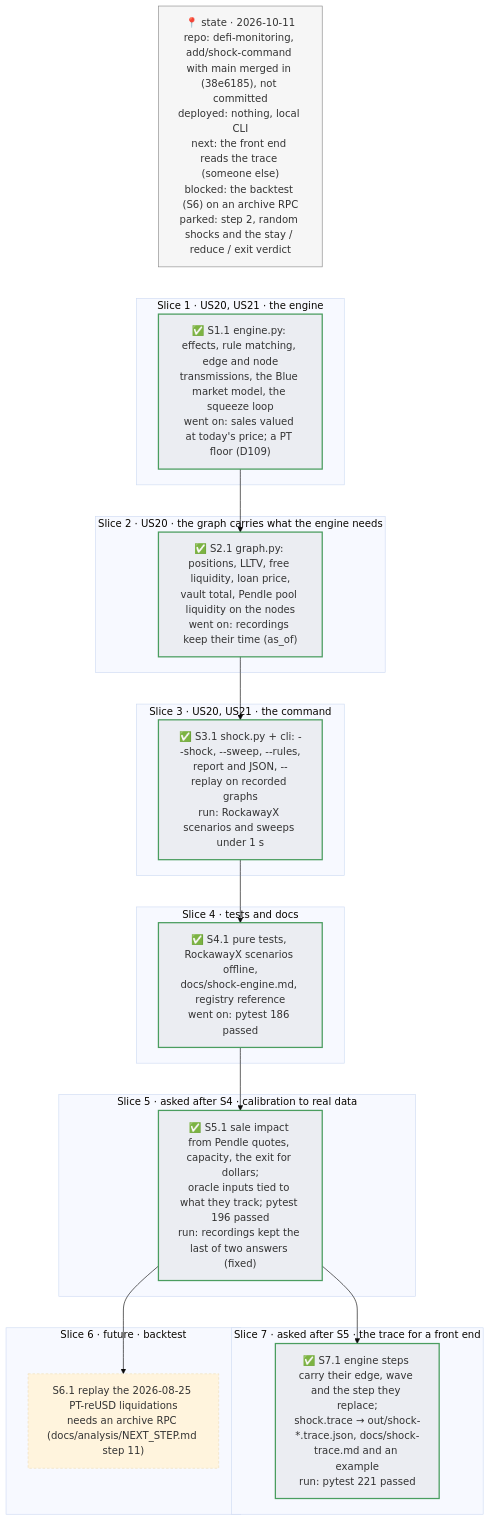
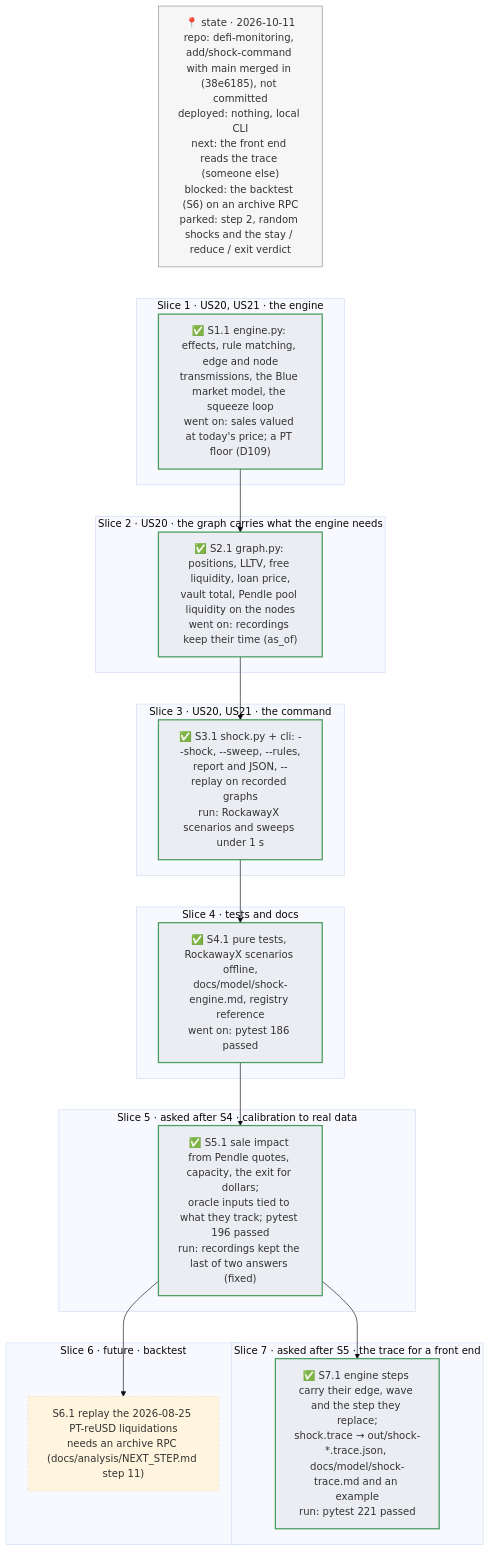
The diagram in plan/2026-10-10-propagation-engine.plan.md (rya-sge/defi-monitoring), drawn with Mermaid (base theme) before and after one commit. The commit also changed other lines of this file and 200 other files, not shown here.

Commit message:
docs: add the RockawayX demo deck, explaining each act with diagrams and plain-language alerts

````diff
--- a/plan/2026-10-10-propagation-engine.plan.md
+++ b/plan/2026-10-10-propagation-engine.plan.md
@@ -11,45 +11,45 @@
 ```mermaid
 flowchart TB
   %% tracker
   ST["📍 state · 2026-10-11<br/>repo: defi-monitoring, add/shock-command with main merged in (38e6185), not committed<br/>deployed: nothing, local CLI<br/>next: the front end reads the trace (someone else)<br/>blocked: the backtest (S6) on an archive RPC<br/>parked: step 2, random shocks and the stay / reduce / exit verdict"]
 
   subgraph SL1["Slice 1 · US20, US21 · the engine"]
     S1.1["✅ S1.1 engine.py: effects, rule matching, edge and node<br/>transmissions, the Blue market model, the squeeze loop<br/>went on: sales valued at today's price; a PT floor (D109)"]
   end
 
   subgraph SL2["Slice 2 · US20 · the graph carries what the engine needs"]
     S2.1["✅ S2.1 graph.py: positions, LLTV, free liquidity, loan price,<br/>vault total, Pendle pool liquidity on the nodes<br/>went on: recordings keep their time (as_of)"]
   end
 
   subgraph SL3["Slice 3 · US20, US21 · the command"]
     S3.1["✅ S3.1 shock.py + cli: --shock, --sweep, --rules,<br/>report and JSON, --replay on recorded graphs<br/>run: RockawayX scenarios and sweeps under 1 s"]
   end
 
   subgraph SL4["Slice 4 · tests and docs"]
-    S4.1["✅ S4.1 pure tests, RockawayX scenarios offline,<br/>docs/shock-engine.md, registry reference<br/>went on: pytest 186 passed"]
+    S4.1["✅ S4.1 pure tests, RockawayX scenarios offline,<br/>docs/model/shock-engine.md, registry reference<br/>went on: pytest 186 passed"]
   end
 
   subgraph SL5["Slice 5 · asked after S4 · calibration to real data"]
     S5.1["✅ S5.1 sale impact from Pendle quotes, capacity, the exit for dollars;<br/>oracle inputs tied to what they track; pytest 196 passed<br/>run: recordings kept the last of two answers (fixed)"]
   end
 
   subgraph SL7["Slice 7 · asked after S5 · the trace for a front end"]
-    S7.1["✅ S7.1 engine steps carry their edge, wave and the step they replace;<br/>shock.trace → out/shock-*.trace.json, docs/shock-trace.md and an example<br/>run: pytest 221 passed"]
+    S7.1["✅ S7.1 engine steps carry their edge, wave and the step they replace;<br/>shock.trace → out/shock-*.trace.json, docs/model/shock-trace.md and an example<br/>run: pytest 221 passed"]
   end
 
   subgraph SL6["Slice 6 · future · backtest"]
     S6.1["S6.1 replay the 2026-08-25 PT-reUSD liquidations<br/>needs an archive RPC (docs/analysis/NEXT_STEP.md step 11)"]
   end
 
   ST ~~~ S1.1
   S1.1 --> S2.1 --> S3.1 --> S4.1 --> S5.1 --> S7.1
   S5.1 --> S6.1
 
   classDef done stroke:#4a9d5f,stroke-width:2px,fill:#7f7f7f1a
   classDef next stroke:#d08b28,stroke-width:2px,fill:#7f7f7f1a
   classDef todo stroke-dasharray:4 3
   classDef state stroke:#8a8a8a,stroke-width:1px,fill:#7f7f7f12
   class S1.1,S2.1,S3.1,S4.1,S5.1,S7.1 done
   class S6.1 todo
   class ST state
 ```
````
